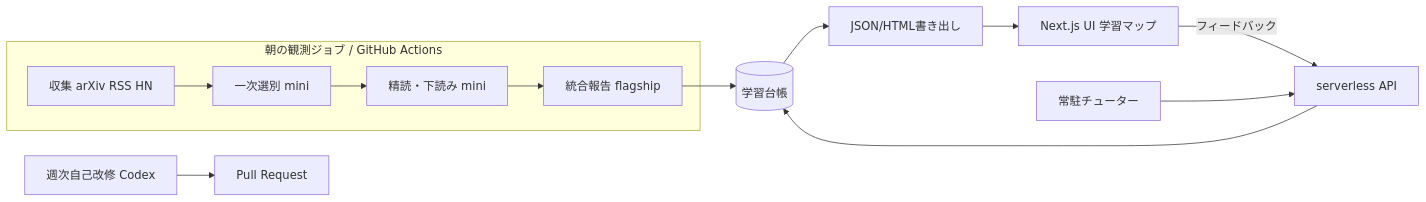
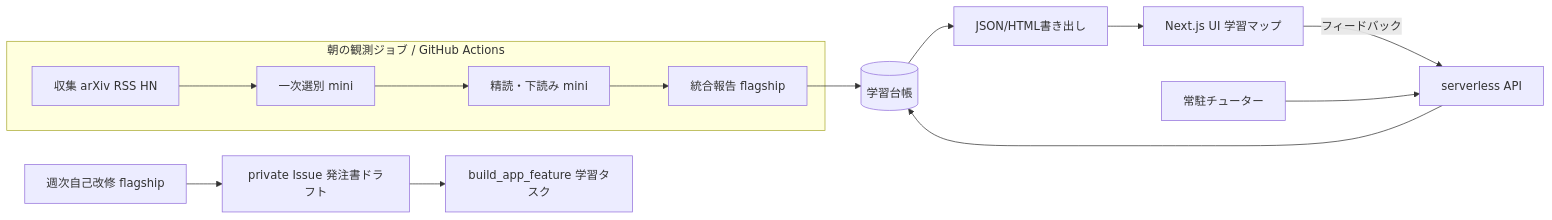
One commit to Ebisen1231/astrolabe-core changed the diagram in docs/design.md. Above: the diagram before and after it, drawn with Mermaid. The commit also changed other lines of this file and 1 other file, not shown here.

````diff
--- a/docs/design.md
+++ b/docs/design.md
@@ -37,15 +37,16 @@
 ```mermaid
 flowchart LR
   subgraph daily[朝の観測ジョブ / GitHub Actions]
     A[収集 arXiv RSS HN] --> B[一次選別 mini]
     B --> C[精読・下読み mini]
     C --> D[統合報告 flagship]
   end
   D --> L[(学習台帳)]
   L --> X[JSON/HTML書き出し]
   X --> U[Next.js UI 学習マップ]
   U -- フィードバック --> S[serverless API]
   T[常駐チューター] --> S
   S --> L
-  W[週次自己改修 Codex] --> P[Pull Request]
+  W[週次自己改修 flagship] --> I[private Issue 発注書ドラフト]
+  I --> T2[build_app_feature 学習タスク]
 ```
````
